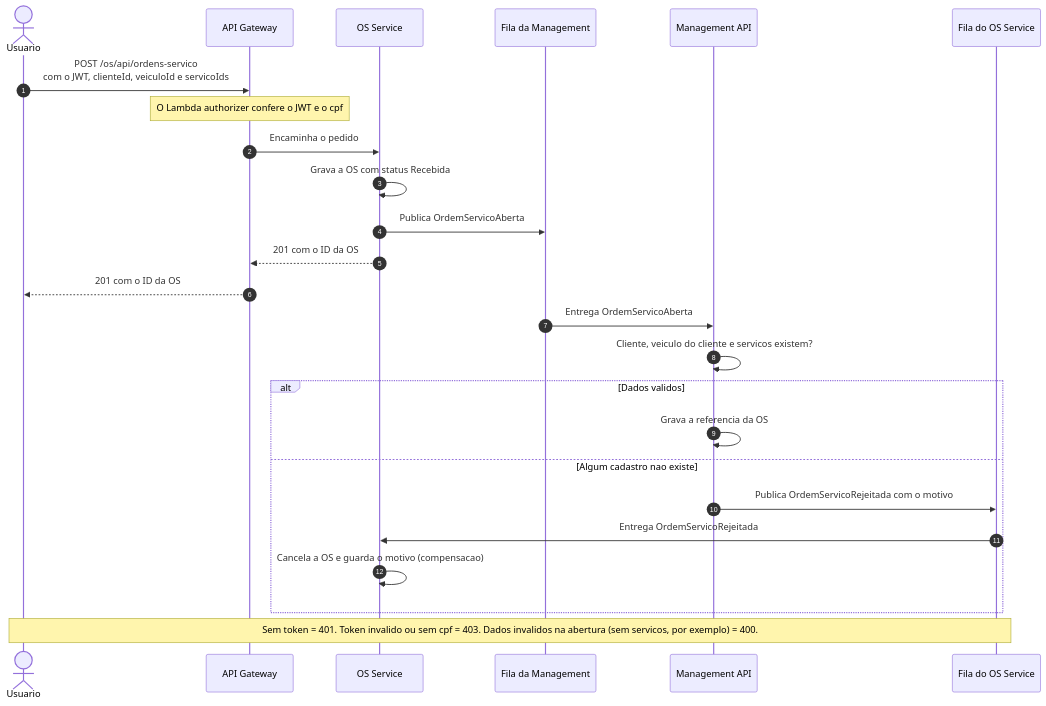
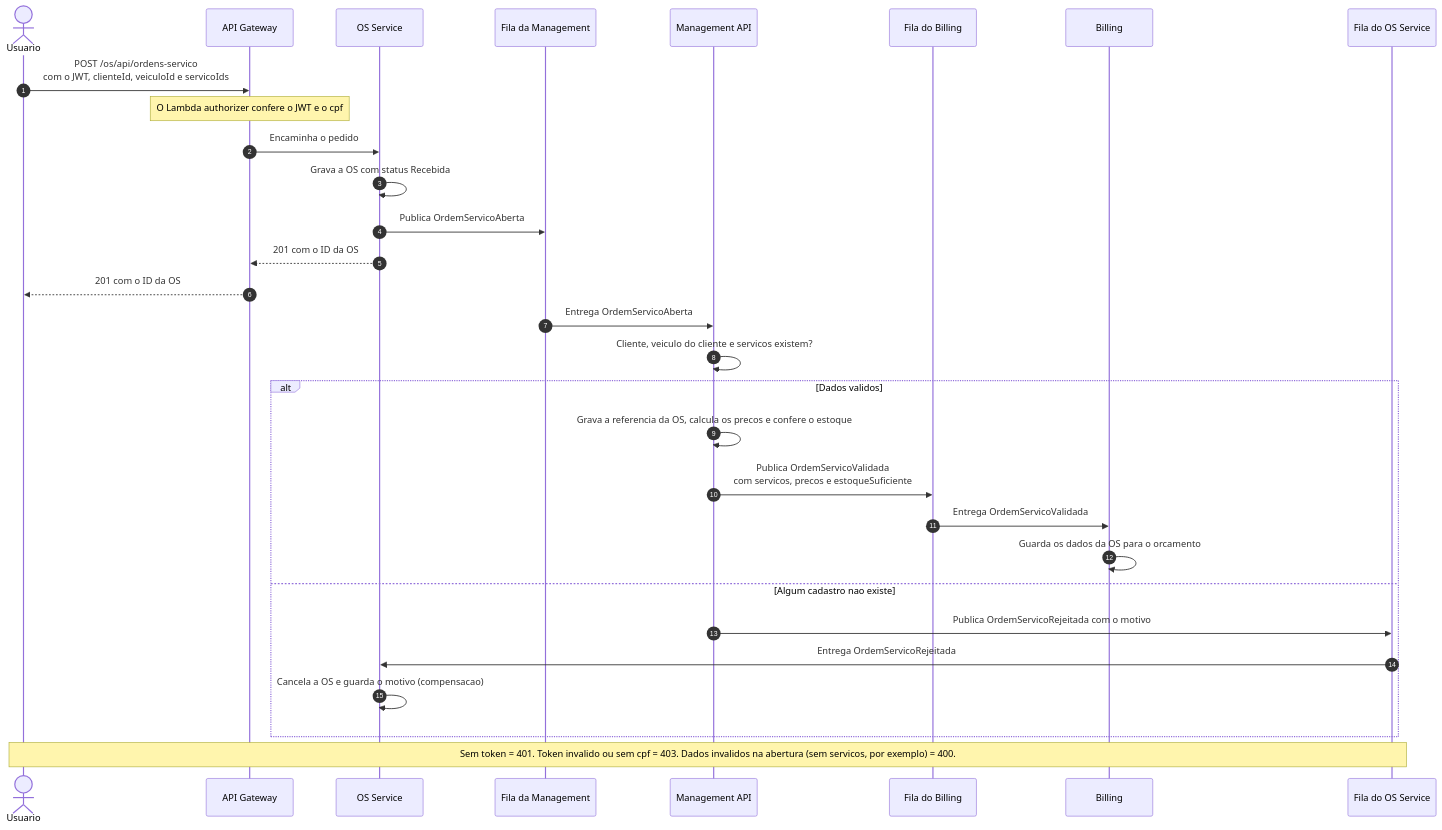
The third of 4 diagrams in docs/arquitetura.md (GuiToniello/tech-challenge-fase-4-MANAGEMENT-soat16-rm374658), drawn with Mermaid before and after one commit. The commit also changed other lines of this file and 129 other files, not shown here.

Commit message:
feat: intergrar com a billing service

````diff
--- a/docs/arquitetura.md
+++ b/docs/arquitetura.md
@@ -156,28 +179,33 @@
 ```mermaid
 sequenceDiagram
   autonumber
   actor Usuario
   participant GW as API Gateway
   participant OS as OS Service
   participant FilaM as Fila da Management
   participant API as Management API
+  participant FilaB as Fila do Billing
+  participant BIL as Billing
   participant FilaOS as Fila do OS Service
 
   Usuario->>GW: POST /os/api/ordens-servico<br/>com o JWT, clienteId, veiculoId e servicoIds
   Note over GW: O Lambda authorizer confere o JWT e o cpf
   GW->>OS: Encaminha o pedido
   OS->>OS: Grava a OS com status Recebida
   OS->>FilaM: Publica OrdemServicoAberta
   OS-->>GW: 201 com o ID da OS
   GW-->>Usuario: 201 com o ID da OS
   FilaM->>API: Entrega OrdemServicoAberta
   API->>API: Cliente, veiculo do cliente e servicos existem?
   alt Dados validos
-    API->>API: Grava a referencia da OS
+    API->>API: Grava a referencia da OS, calcula os precos e confere o estoque
+    API->>FilaB: Publica OrdemServicoValidada<br/>com servicos, precos e estoqueSuficiente
+    FilaB->>BIL: Entrega OrdemServicoValidada
+    BIL->>BIL: Guarda os dados da OS para o orcamento
   else Algum cadastro nao existe
     API->>FilaOS: Publica OrdemServicoRejeitada com o motivo
     FilaOS->>OS: Entrega OrdemServicoRejeitada
     OS->>OS: Cancela a OS e guarda o motivo (compensacao)
   end
   Note over Usuario,FilaOS: Sem token = 401. Token invalido ou sem cpf = 403. Dados invalidos na abertura (sem servicos, por exemplo) = 400.
 ```
````
